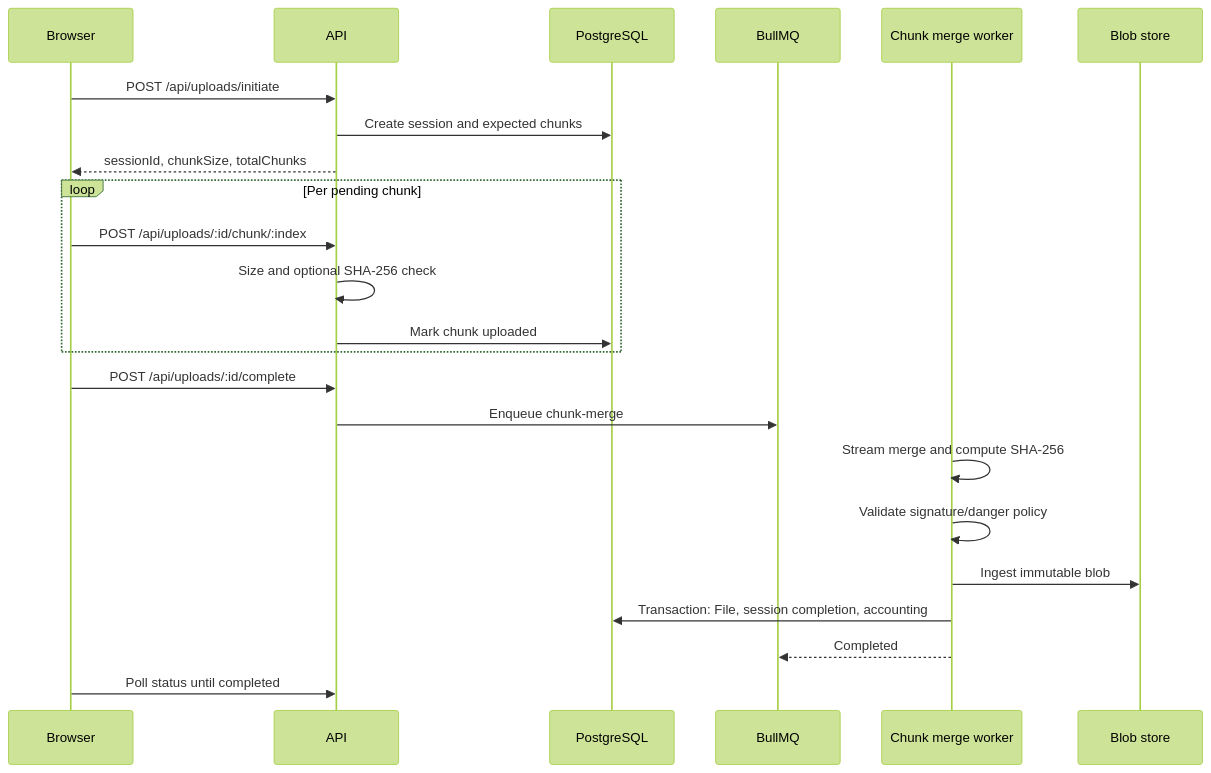
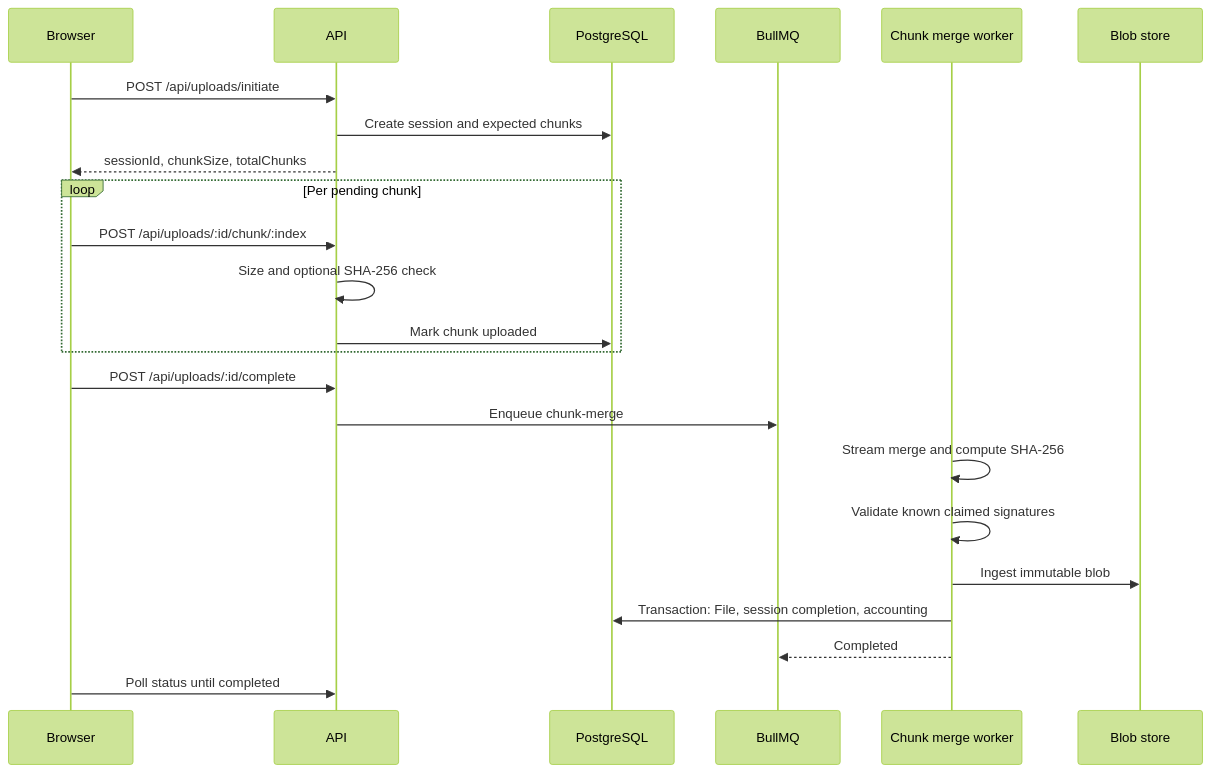
One commit to ShadowSafin/NewCloud changed the fifth of 5 diagrams in ARCHITECTURE.md. Above: the diagram before and after it, drawn with Mermaid (forest theme). The commit also changed other lines of this file and 18 other files, not shown here.

````diff
--- a/ARCHITECTURE.md
+++ b/ARCHITECTURE.md
@@ -316,26 +318,26 @@
 ```mermaid
 sequenceDiagram
   participant C as Browser
   participant API as API
   participant DB as PostgreSQL
   participant Q as BullMQ
   participant W as Chunk merge worker
   participant B as Blob store
 
   C->>API: POST /api/uploads/initiate
   API->>DB: Create session and expected chunks
   API-->>C: sessionId, chunkSize, totalChunks
   loop Per pending chunk
     C->>API: POST /api/uploads/:id/chunk/:index
     API->>API: Size and optional SHA-256 check
     API->>DB: Mark chunk uploaded
   end
   C->>API: POST /api/uploads/:id/complete
   API->>Q: Enqueue chunk-merge
   W->>W: Stream merge and compute SHA-256
-  W->>W: Validate signature/danger policy
+  W->>W: Validate known claimed signatures
   W->>B: Ingest immutable blob
   W->>DB: Transaction: File, session completion, accounting
   W-->>Q: Completed
   C->>API: Poll status until completed
 ```
````
